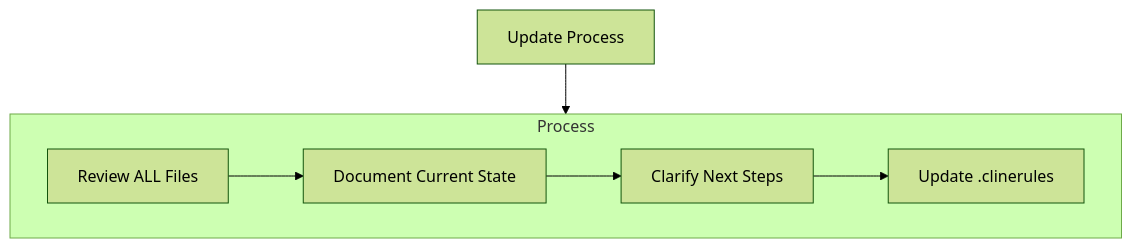
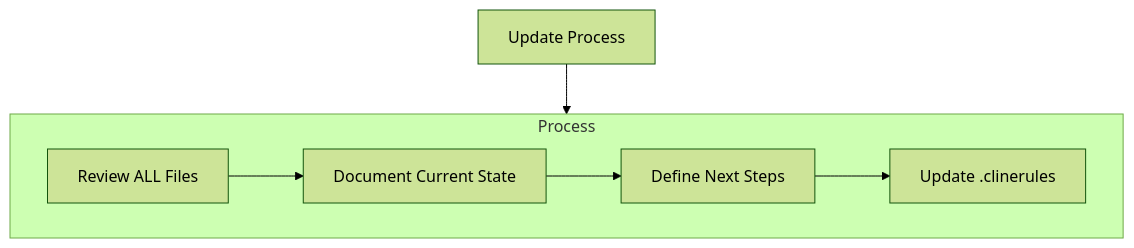
Before and after one commit to go-go-golems/clay: the fourth of 5 diagrams in ttmp/2025-02-17/01-cursor-memory-bank.md, drawn with Mermaid (forest theme). The commit also changed other lines of this file and 19 other files, not shown here.

````diff
--- a/ttmp/2025-02-17/01-cursor-memory-bank.md
+++ b/ttmp/2025-02-17/01-cursor-memory-bank.md
@@ -104,15 +130,15 @@
 ```mermaid
 flowchart TD
     Start[Update Process]
     
     subgraph Process
         P1[Review ALL Files]
         P2[Document Current State]
-        P3[Clarify Next Steps]
+        P3[Define Next Steps]
         P4[Update .clinerules]
         
         P1 --> P2 --> P3 --> P4
     end
     
     Start --> Process
 ```
````
